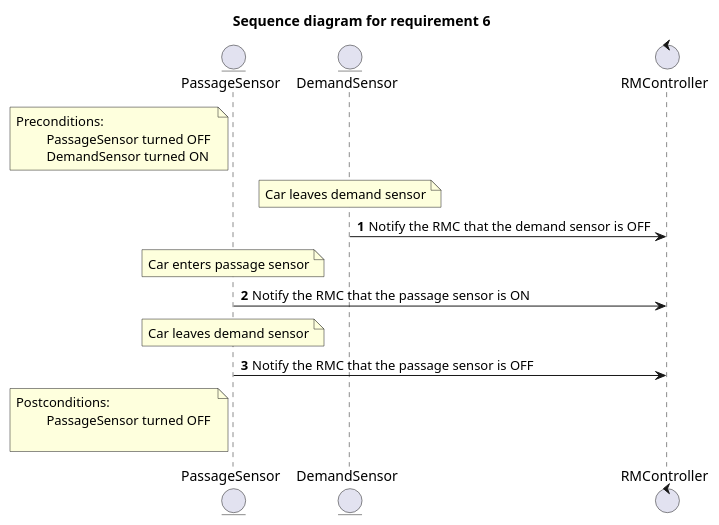
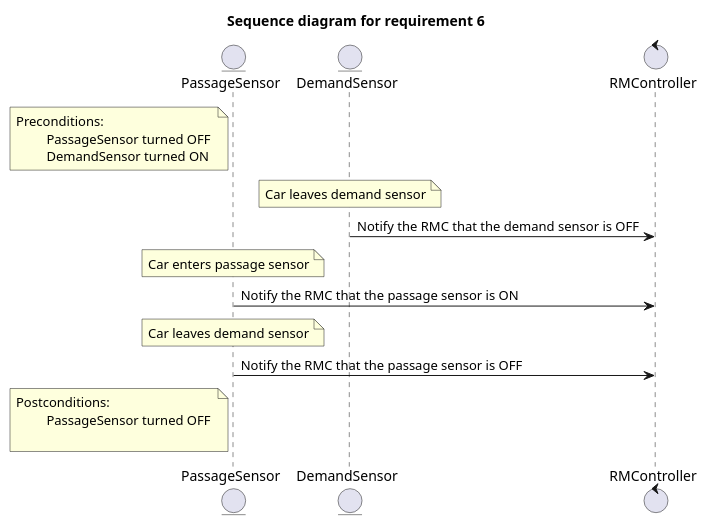
The diagram in 01_RequirementsChecking/sequence_diagram_req6.puml (MaksimKarnaukh/MoSIS), drawn with PlantUML before and after one commit. The commit also changed 1 other file, not shown here.

```diff
--- a/01_RequirementsChecking/sequence_diagram_req6.puml
+++ b/01_RequirementsChecking/sequence_diagram_req6.puml
@@ -1,24 +1,23 @@
 @startuml
-autonumber
 
 '6) The passage sensor can only be turned ON once a car leaves the demand
 'sensor shifting from ON to OFF. Another car can only turn the
 'passage sensor ON once it has been turned OFF (the previous car joined the mainline).
 title "Sequence diagram for requirement 6"
 
 entity PassageSensor as PS
 entity DemandSensor as DS
 control RMController as RMC
 
 note left of PS : Preconditions:\n\t PassageSensor turned OFF \n\t DemandSensor turned ON
 
 note over DS: Car leaves demand sensor
 DS -> RMC : Notify the RMC that the demand sensor is OFF
 note over PS: Car enters passage sensor
 PS -> RMC : Notify the RMC that the passage sensor is ON
 note over PS: Car leaves demand sensor
 PS -> RMC : Notify the RMC that the passage sensor is OFF
 
 note left of PS : Postconditions:\n\t PassageSensor turned OFF \n\t
 
 @enduml
```
